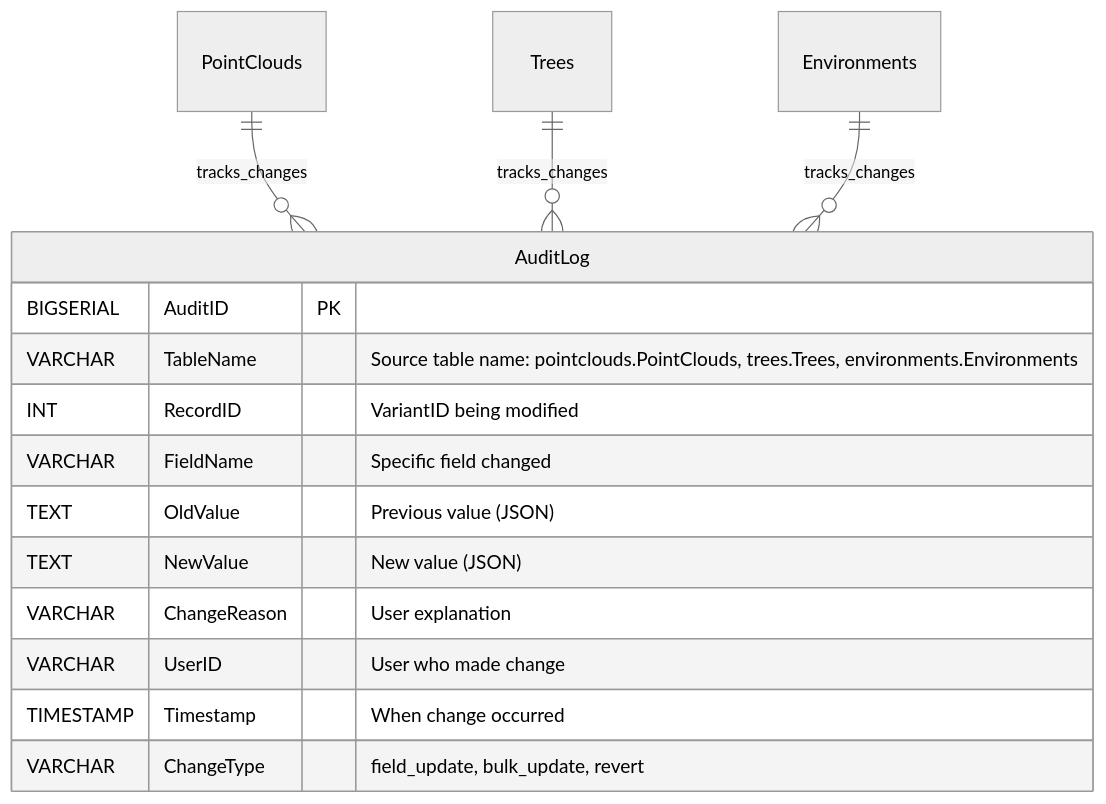
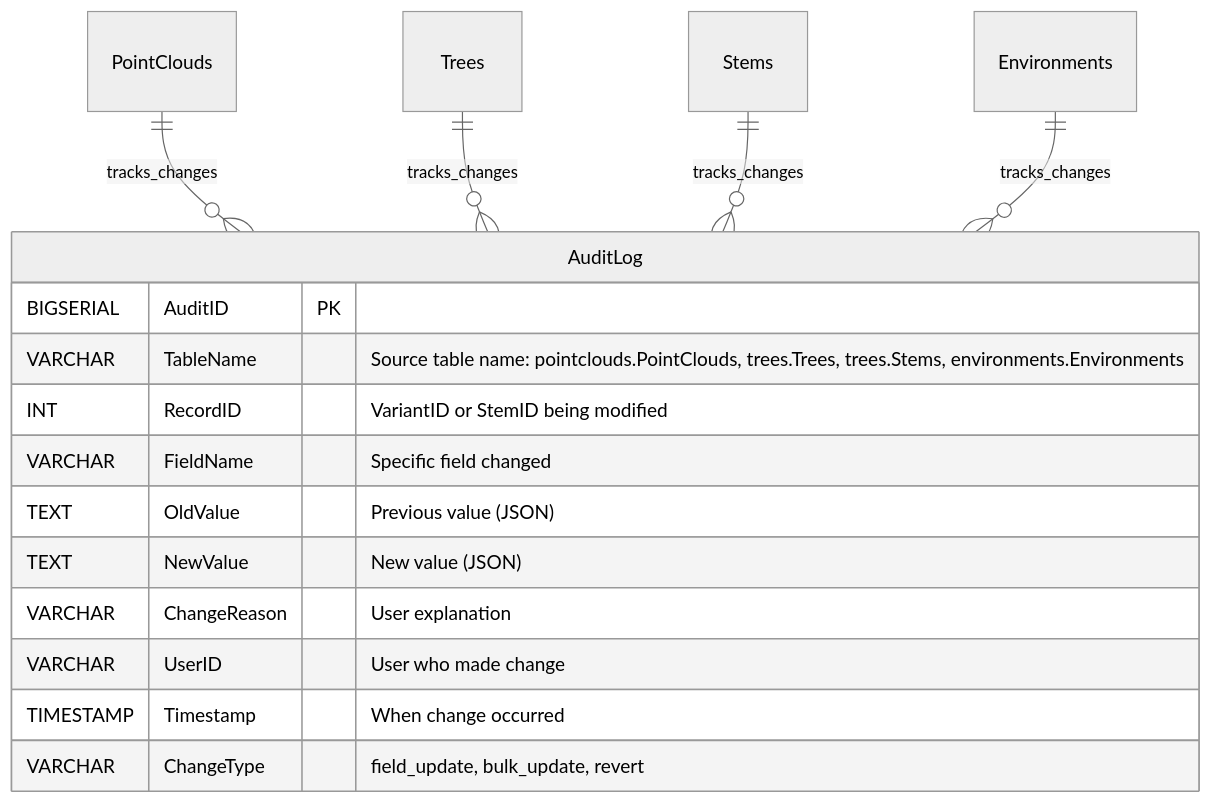
One commit to XRFutureForests/digital-twin-db changed the sixth of 10 diagrams in docs/architecture/database.md. Above: the diagram before and after it, drawn with Mermaid. The commit also changed other lines of this file and 5 other files, not shown here.

````diff
--- a/docs/architecture/database.md
+++ b/docs/architecture/database.md
@@ -213,26 +221,28 @@
 ```mermaid
 %%{init: {
   "theme": "neutral"
 }}%%
 erDiagram
     PointClouds
     Trees
+    Stems
     Environments
 
     AuditLog {
         BIGSERIAL AuditID PK
-        VARCHAR TableName "Source table name: pointclouds.PointClouds, trees.Trees, environments.Environments"
-        INT RecordID "VariantID being modified"
+        VARCHAR TableName "Source table name: pointclouds.PointClouds, trees.Trees, trees.Stems, environments.Environments"
+        INT RecordID "VariantID or StemID being modified"
         VARCHAR FieldName "Specific field changed"
         TEXT OldValue "Previous value (JSON)"
         TEXT NewValue "New value (JSON)"
         VARCHAR ChangeReason "User explanation"
         VARCHAR UserID "User who made change"
         TIMESTAMP Timestamp "When change occurred"
         VARCHAR ChangeType "field_update, bulk_update, revert"
     }
 
     PointClouds ||--o{ AuditLog : tracks_changes
     Trees ||--o{ AuditLog : tracks_changes
+    Stems ||--o{ AuditLog : tracks_changes
     Environments ||--o{ AuditLog : tracks_changes
 ```
````
